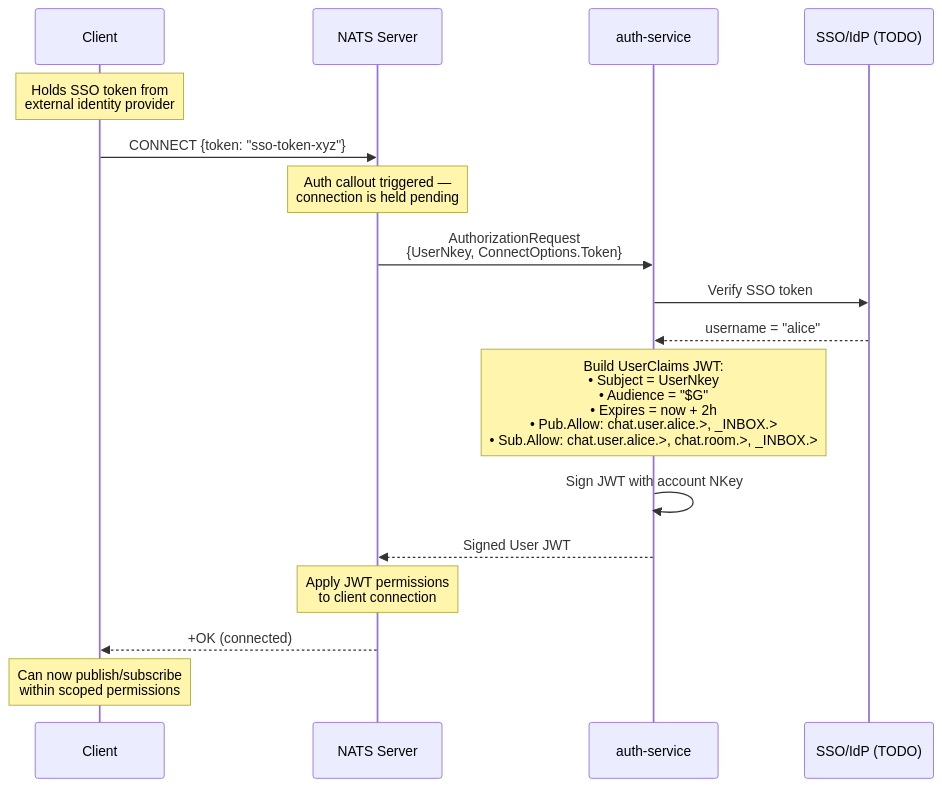
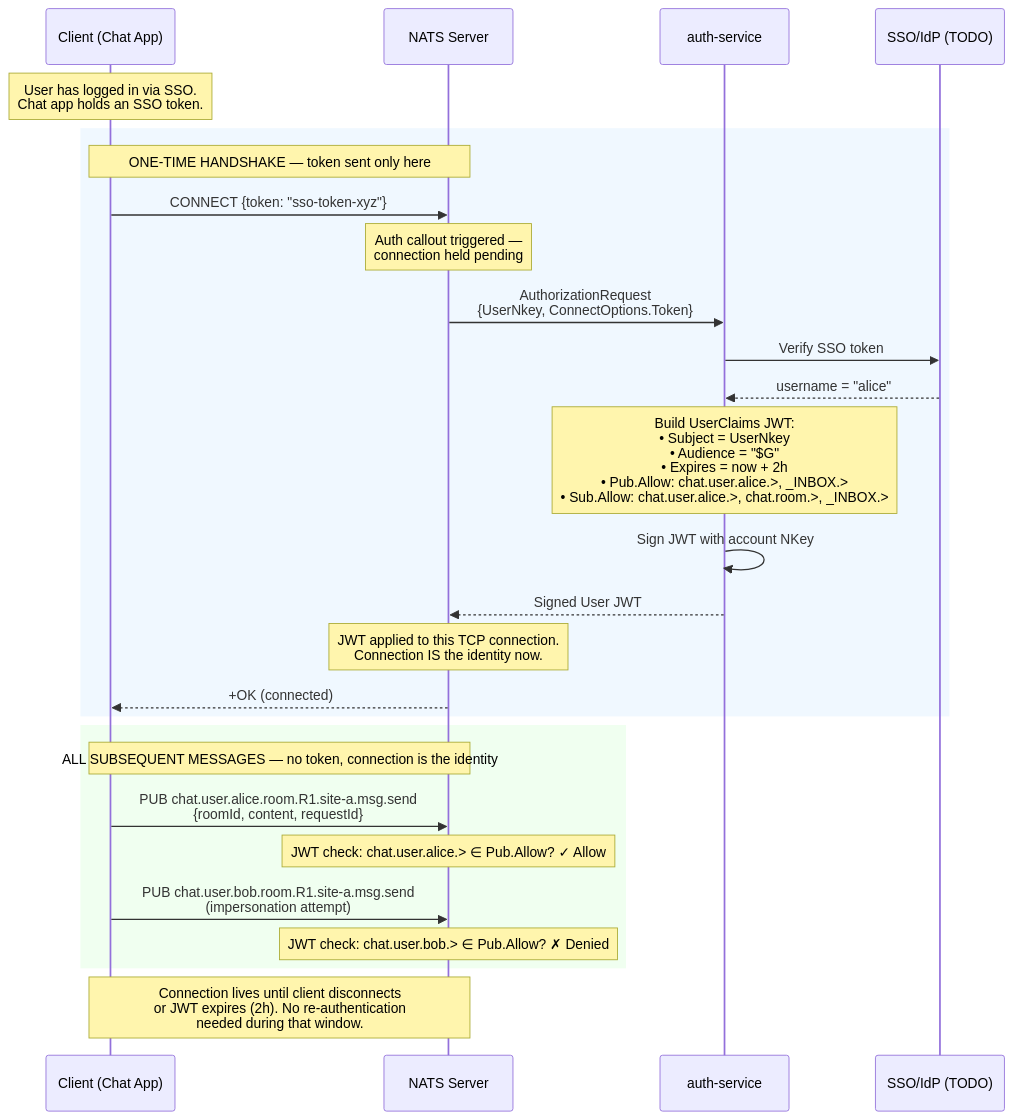
The second of 6 diagrams in docs/architecture-diagram.md (hmchangw/chat), drawn with Mermaid before and after one commit. The commit also changed other lines of this file, not shown here.

Commit message:
Clarify auth callout flow: token is one-time, connection is the identity
The diagram now explicitly shows that the SSO token is sent only during
the CONNECT handshake, and all subsequent messages carry no token. The
TCP connection itself becomes the identity via JWT permissions.

https://claude.ai/code/session_01HNDRAScm6azqvhF7WDxQu2

````diff
--- a/docs/architecture-diagram.md
+++ b/docs/architecture-diagram.md
@@ -113,29 +117,40 @@
 ```mermaid
 sequenceDiagram
-    participant Client
+    participant Client as Client (Chat App)
     participant NATS as NATS Server
     participant AS as auth-service
     participant SSO as SSO/IdP (TODO)
 
-    Note over Client: Holds SSO token from<br/>external identity provider
+    Note over Client: User has logged in via SSO.<br/>Chat app holds an SSO token.
 
-    Client->>NATS: CONNECT {token: "sso-token-xyz"}
-    Note over NATS: Auth callout triggered —<br/>connection is held pending
+    rect rgb(240, 248, 255)
+        Note over Client,NATS: ONE-TIME HANDSHAKE — token sent only here
+        Client->>NATS: CONNECT {token: "sso-token-xyz"}
+        Note over NATS: Auth callout triggered —<br/>connection held pending
 
-    NATS->>AS: AuthorizationRequest<br/>{UserNkey, ConnectOptions.Token}
+        NATS->>AS: AuthorizationRequest<br/>{UserNkey, ConnectOptions.Token}
 
-    AS->>SSO: Verify SSO token
-    SSO-->>AS: username = "alice"
+        AS->>SSO: Verify SSO token
+        SSO-->>AS: username = "alice"
 
-    Note over AS: Build UserClaims JWT:<br/>• Subject = UserNkey<br/>• Audience = "$G"<br/>• Expires = now + 2h<br/>• Pub.Allow: chat.user.alice.>, _INBOX.><br/>• Sub.Allow: chat.user.alice.>, chat.room.>, _INBOX.>
+        Note over AS: Build UserClaims JWT:<br/>• Subject = UserNkey<br/>• Audience = "$G"<br/>• Expires = now + 2h<br/>• Pub.Allow: chat.user.alice.>, _INBOX.><br/>• Sub.Allow: chat.user.alice.>, chat.room.>, _INBOX.>
 
-    AS->>AS: Sign JWT with account NKey
+        AS->>AS: Sign JWT with account NKey
+        AS-->>NATS: Signed User JWT
 
-    AS-->>NATS: Signed User JWT
+        Note over NATS: JWT applied to this TCP connection.<br/>Connection IS the identity now.
 
-    Note over NATS: Apply JWT permissions<br/>to client connection
+        NATS-->>Client: +OK (connected)
+    end
 
-    NATS-->>Client: +OK (connected)
+    rect rgb(240, 255, 240)
+        Note over Client,NATS: ALL SUBSEQUENT MESSAGES — no token, connection is the identity
+        Client->>NATS: PUB chat.user.alice.room.R1.site-a.msg.send<br/>{roomId, content, requestId}
+        Note over NATS: JWT check: chat.user.alice.> ∈ Pub.Allow? ✓ Allow
 
-    Note over Client: Can now publish/subscribe<br/>within scoped permissions
+        Client->>NATS: PUB chat.user.bob.room.R1.site-a.msg.send<br/>(impersonation attempt)
+        Note over NATS: JWT check: chat.user.bob.> ∈ Pub.Allow? ✗ Denied
+    end
+
+    Note over Client,NATS: Connection lives until client disconnects<br/>or JWT expires (2h). No re-authentication<br/>needed during that window.
 ```
````
